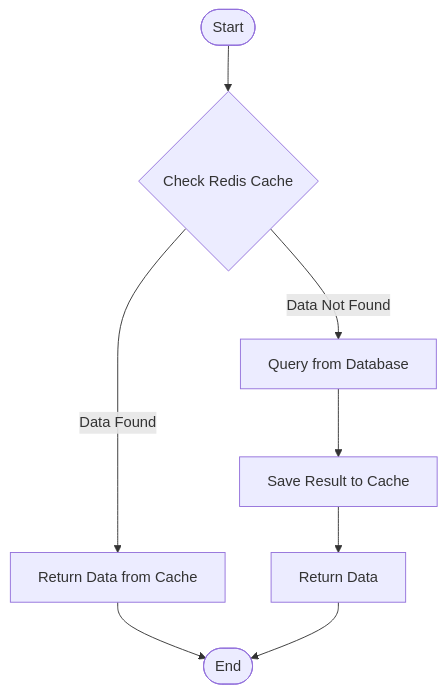
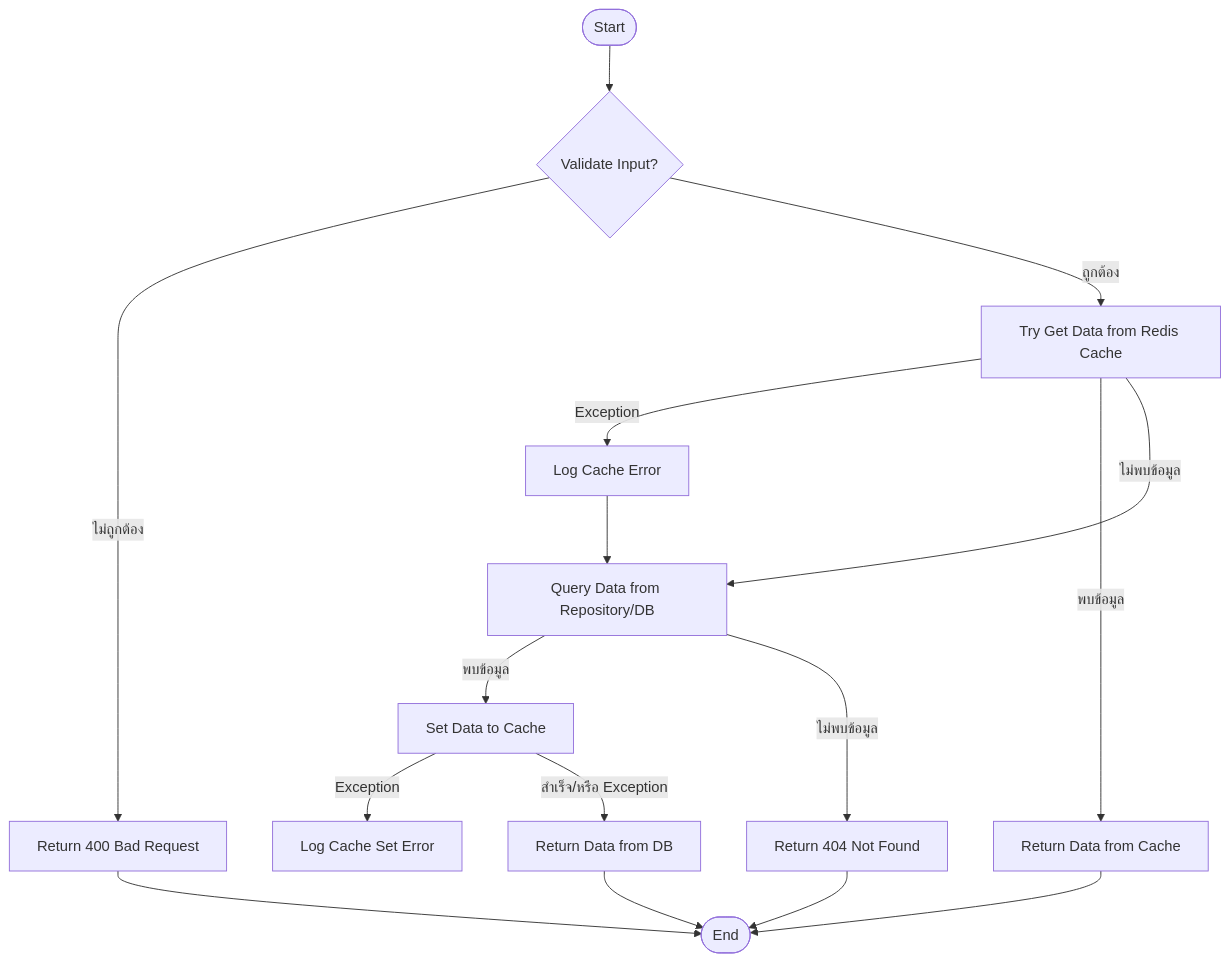
One commit to nuchit2019/ProductAPI_Redis_Serilog_Seq changed the second of 3 diagrams in README.md. Above: the diagram before and after it, drawn with Mermaid. The commit also changed other lines of this file, not shown here.

````diff
--- a/README.md
+++ b/README.md
@@ -366,11 +366,18 @@
 ```mermaid
 flowchart TD
-    A([Start]) --> B{Check Redis Cache}
-    B -- "Data Found" --> C[Return Data from Cache]
-    B -- "Data Not Found" --> D[Query from Database]
-    D --> E[Save Result to Cache]
-    E --> F[Return Data]
-    C --> Z([End])
-    F --> Z
+    Start([Start]) --> ValidateInput{Validate Input?}
+    ValidateInput -- "ไม่ถูกต้อง" --> Return400[Return 400 Bad Request]
+    ValidateInput -- "ถูกต้อง" --> TryGetCache[Try Get Data from Redis Cache]
+    TryGetCache -- "Exception" --> LogCacheError[Log Cache Error] --> QueryRepo[Query Data from Repository/DB]
+    TryGetCache -- "พบข้อมูล" --> ReturnCache[Return Data from Cache]
+    TryGetCache -- "ไม่พบข้อมูล" --> QueryRepo
+    QueryRepo -- "พบข้อมูล" --> TrySetCache[Set Data to Cache]
+    QueryRepo -- "ไม่พบข้อมูล" --> Return404[Return 404 Not Found]
+    TrySetCache -- "Exception" --> LogSetCacheError[Log Cache Set Error]
+    TrySetCache -- "สำเร็จ/หรือ Exception" --> ReturnDB[Return Data from DB]
+    ReturnCache --> End([End])
+    ReturnDB --> End
+    Return400 --> End
+    Return404 --> End
 
 ```
````
